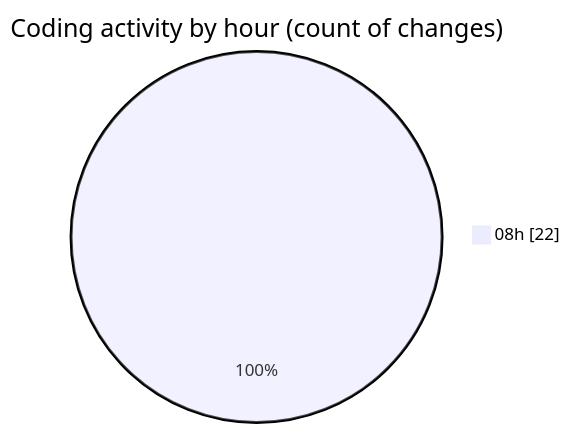
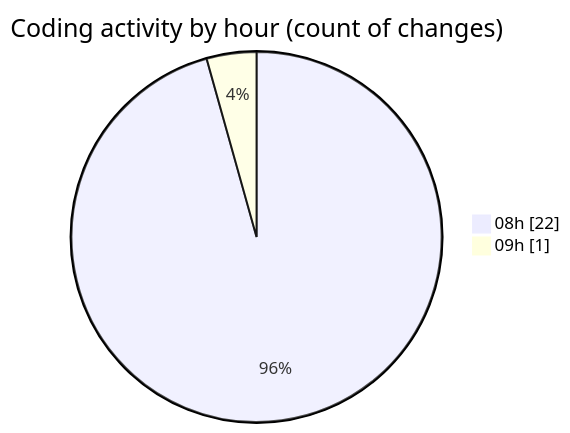
Before and after one commit to robertbonfada/code-tracking: the second of 2 diagrams in 2025-02-17/mbc-web/README.md, drawn with Mermaid. The commit also changed other lines of this file and 1 other file, not shown here.

````diff
--- a/2025-02-17/mbc-web/README.md
+++ b/2025-02-17/mbc-web/README.md
@@ -33,5 +33,6 @@
 ```mermaid
 pie showData
 title Coding activity by hour (count of changes)
 "08h" : 22
+"09h" : 1
 ```
````
